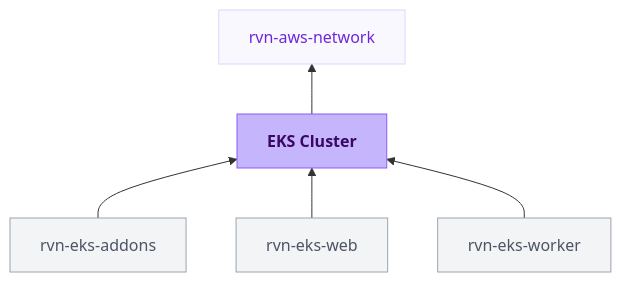
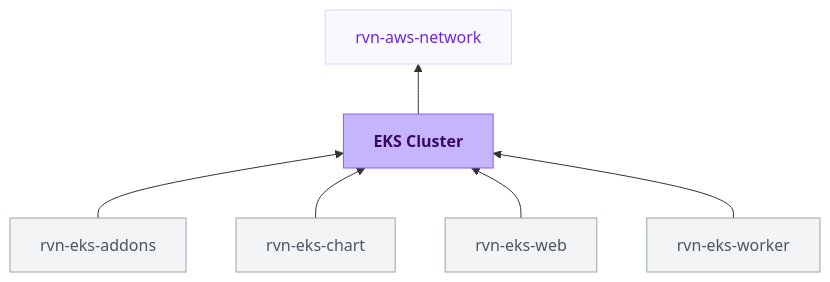
Before and after one commit to ravionhq/docs: the diagram in module-definitions/catalog/rvn-eks-cluster.mdx, drawn with Mermaid. The commit also changed other lines of this file and 6 other files, not shown here.

Commit message:
chore: sync module catalog docs

````diff
--- a/module-definitions/catalog/rvn-eks-cluster.mdx
+++ b/module-definitions/catalog/rvn-eks-cluster.mdx
@@ -16,21 +16,23 @@
 ```mermaid
 flowchart BT
   rvn_eks_addons["rvn-eks-addons"] --> rvn_eks_cluster["<strong>EKS Cluster</strong>"]
+  rvn_eks_chart["rvn-eks-chart"] --> rvn_eks_cluster
   rvn_eks_web["rvn-eks-web"] --> rvn_eks_cluster
   rvn_eks_worker["rvn-eks-worker"] --> rvn_eks_cluster
   rvn_eks_cluster --> rvn_aws_network["rvn-aws-network"]
 
   class rvn_eks_cluster current
   class rvn_aws_network dependency
-  class rvn_eks_addons,rvn_eks_web,rvn_eks_worker consumer
+  class rvn_eks_addons,rvn_eks_chart,rvn_eks_web,rvn_eks_worker consumer
 
   classDef current fill:#C4B5FD,stroke:#8B5CF6,color:#3B0764
   classDef dependency fill:#FAF8FF,stroke:#DDD6FE,color:#6D28D9
   classDef consumer fill:#F3F4F6,stroke:#9CA3AF,color:#4B5563
   classDef upstream fill:#F8FAFC,stroke:#CBD5E1,color:#94A3B8
 
   click rvn_eks_addons "/module-definitions/catalog/rvn-eks-addons" "Open rvn-eks-addons docs"
+  click rvn_eks_chart "/module-definitions/catalog/rvn-eks-chart" "Open rvn-eks-chart docs"
   click rvn_eks_web "/module-definitions/catalog/rvn-eks-web" "Open rvn-eks-web docs"
   click rvn_eks_worker "/module-definitions/catalog/rvn-eks-worker" "Open rvn-eks-worker docs"
   click rvn_aws_network "/module-definitions/catalog/rvn-aws-network" "Open rvn-aws-network docs"
 ```
````
